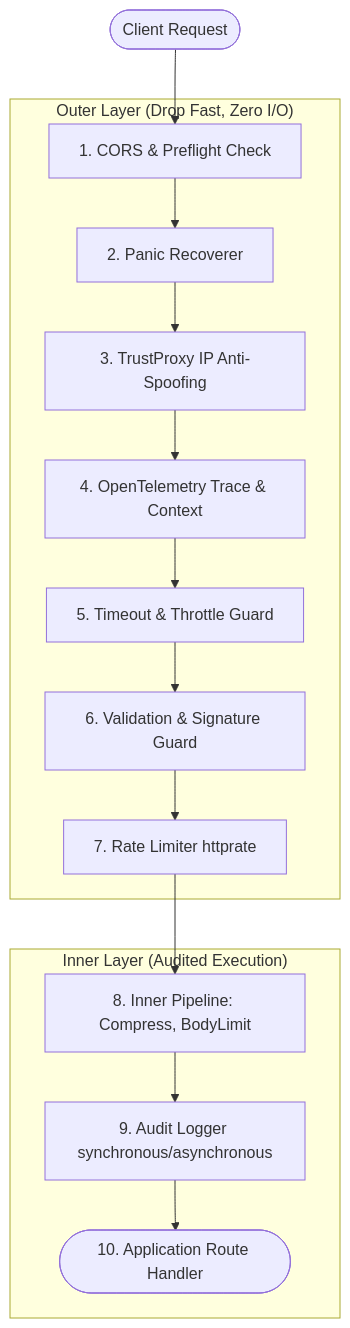
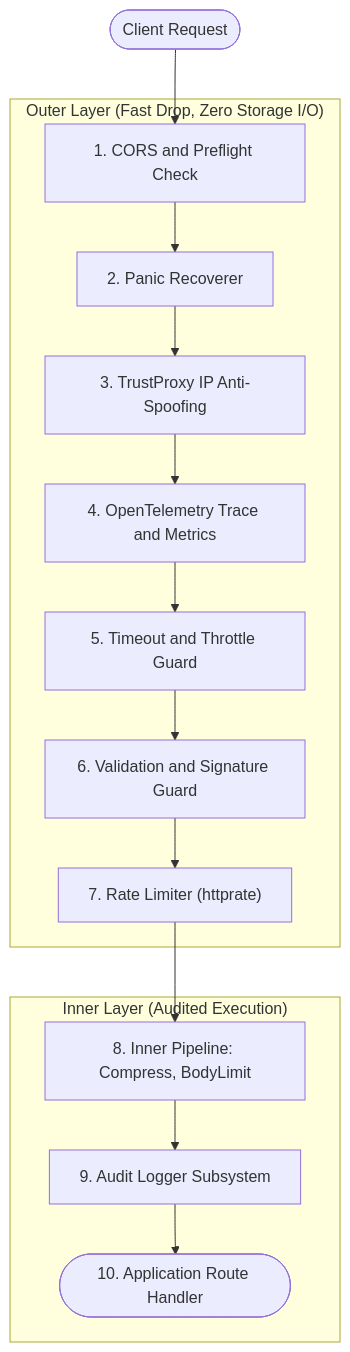
Before and after one commit to Jkenyut/nvx-go-middleware: the first of 5 diagrams in docs/ARCHITECTURE.md, drawn with Mermaid. The commit also changed other lines of this file and 12 other files, not shown here.

````diff
--- a/docs/ARCHITECTURE.md
+++ b/docs/ARCHITECTURE.md
@@ -11,29 +14,29 @@
 ```mermaid
-graph TD
-    Client([Client Request]) --> CORS[1. CORS & Preflight Check]
-    CORS --> Recov[2. Panic Recoverer]
-    Recov --> Proxy[3. TrustProxy IP Anti-Spoofing]
-    Proxy --> OTel[4. OpenTelemetry Trace & Context]
-    OTel --> Timeout[5. Timeout & Throttle Guard]
-    Timeout --> Auth[6. Validation & Signature Guard]
-    Auth --> Limiter[7. Rate Limiter httprate]
-    Limiter --> Inner[8. Inner Pipeline: Compress, BodyLimit]
-    Inner --> Logger[9. Audit Logger synchronous/asynchronous]
-    Logger --> Handler([10. Application Route Handler])
+flowchart TD
+    Client(["Client Request"]) --> CORS["1. CORS and Preflight Check"]
+    CORS --> Recov["2. Panic Recoverer"]
+    Recov --> Proxy["3. TrustProxy IP Anti-Spoofing"]
+    Proxy --> OTel["4. OpenTelemetry Trace and Metrics"]
+    OTel --> Timeout["5. Timeout and Throttle Guard"]
+    Timeout --> Auth["6. Validation and Signature Guard"]
+    Auth --> Limiter["7. Rate Limiter (httprate)"]
+    Limiter --> Inner["8. Inner Pipeline: Compress, BodyLimit"]
+    Inner --> Logger["9. Audit Logger Subsystem"]
+    Logger --> Handler(["10. Application Route Handler"])
 
-    subgraph "Outer Layer (Drop Fast, Zero I/O)"
+    subgraph OUTER["Outer Layer (Fast Drop, Zero Storage I/O)"]
         CORS
         Recov
         Proxy
         OTel
         Timeout
         Auth
         Limiter
     end
 
-    subgraph "Inner Layer (Audited Execution)"
+    subgraph INNER_LAYER["Inner Layer (Audited Execution)"]
         Inner
         Logger
         Handler
     end
 ```
````
